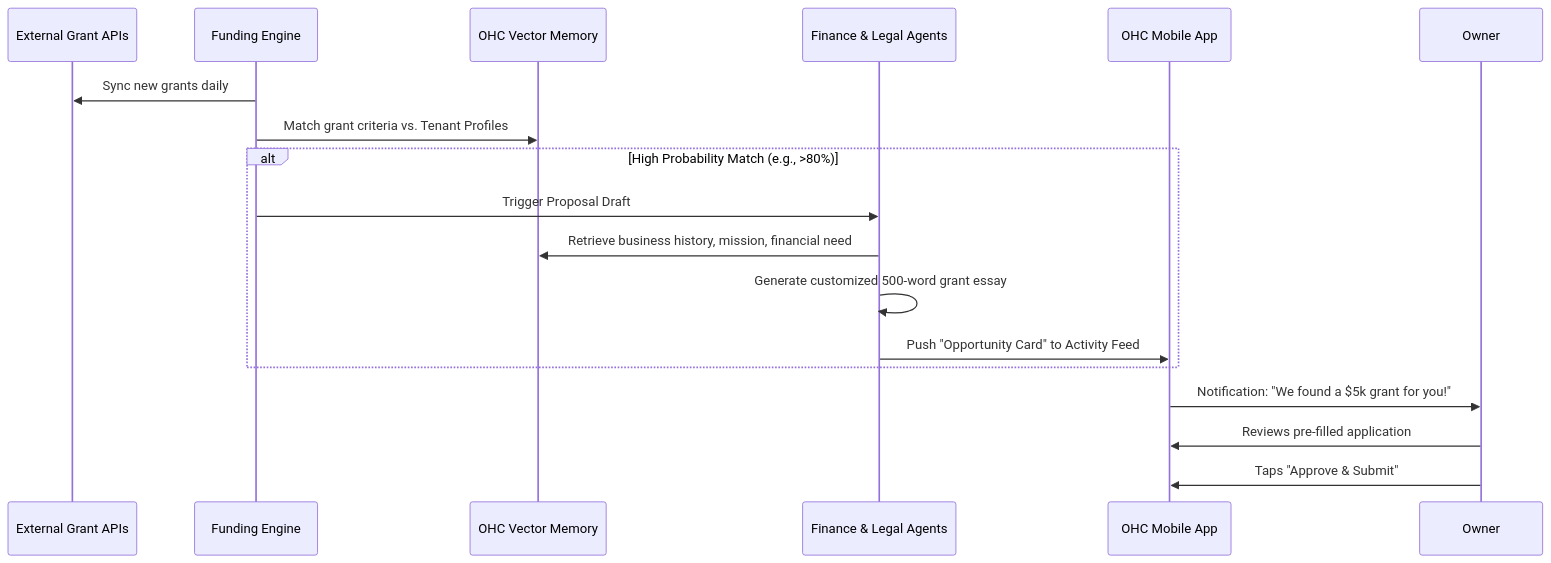
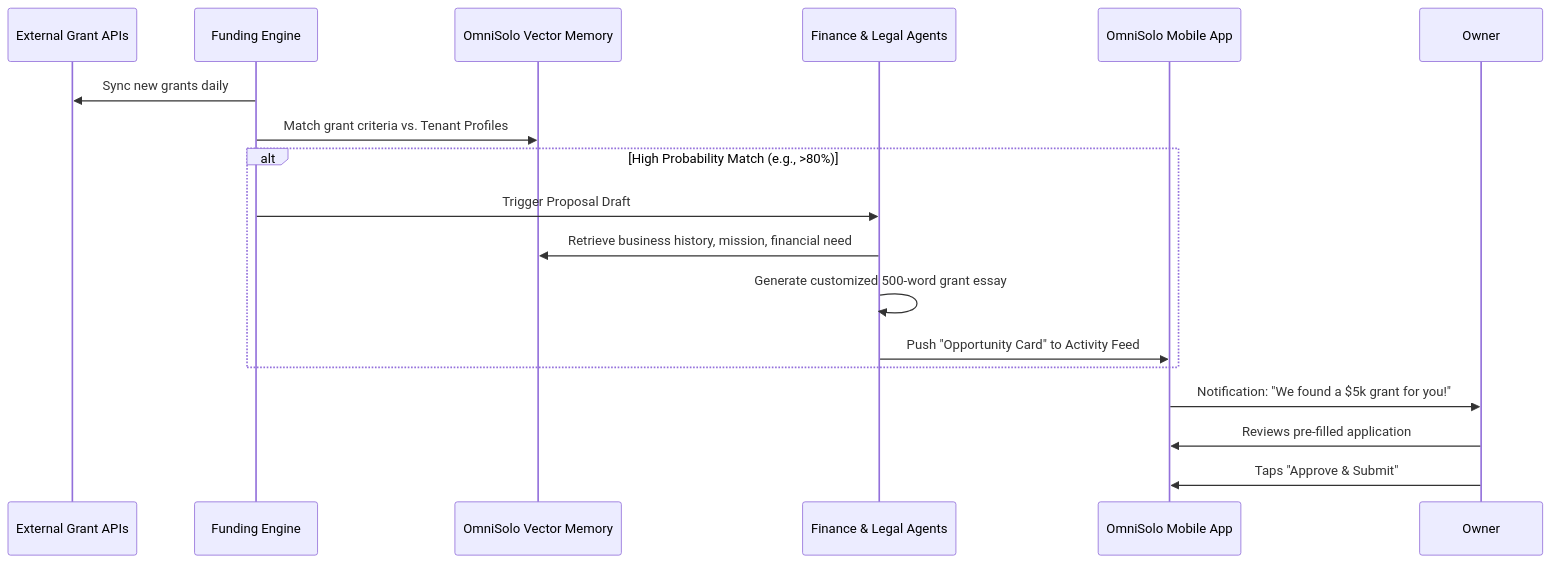
The second of 2 diagrams in docs/research/[architecture]_universal_autonomous_grant_and_funding_engine.md (omnisolo-llc/onehumancorp), drawn with Mermaid before and after one commit. The commit also changed other lines of this file and 2191 other files, not shown here.

Commit message:
feat: complete OmniSolo rename and browser audit

````diff
--- a/docs/research/[architecture]_universal_autonomous_grant_and_funding_engine.md
+++ b/docs/research/[architecture]_universal_autonomous_grant_and_funding_engine.md
@@ -38,20 +38,20 @@
 ```mermaid
 sequenceDiagram
     participant GovDB as External Grant APIs
     participant Engine as Funding Engine
-    participant Memory as OHC Vector Memory
+    participant Memory as OmniSolo Vector Memory
     participant AI as Finance & Legal Agents
-    participant App as OHC Mobile App
+    participant App as OmniSolo Mobile App
 
     Engine->>GovDB: Sync new grants daily
     Engine->>Memory: Match grant criteria vs. Tenant Profiles
     alt High Probability Match (e.g., >80%)
         Engine->>AI: Trigger Proposal Draft
         AI->>Memory: Retrieve business history, mission, financial need
         AI->>AI: Generate customized 500-word grant essay
         AI->>App: Push "Opportunity Card" to Activity Feed
     end
     App->>Owner: Notification: "We found a $5k grant for you!"
     Owner->>App: Reviews pre-filled application
     Owner->>App: Taps "Approve & Submit"
 ```
````
